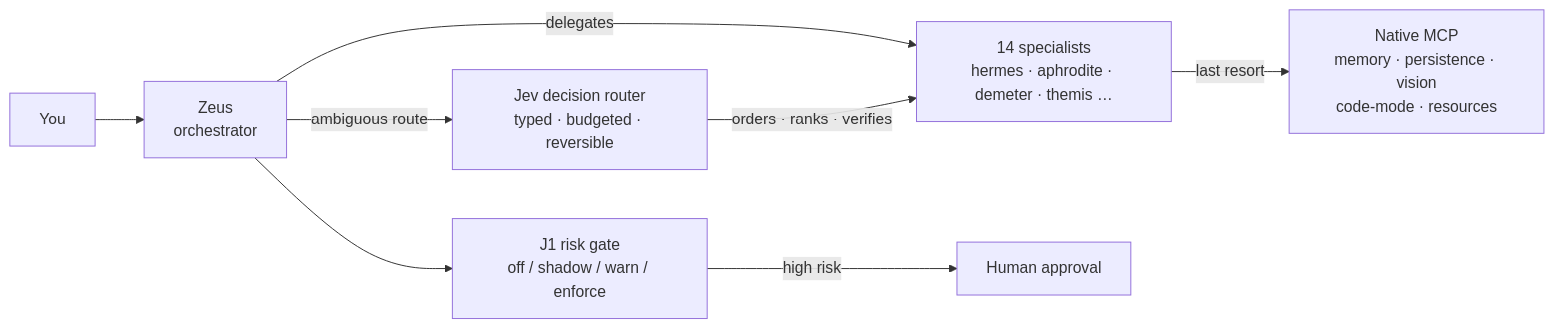
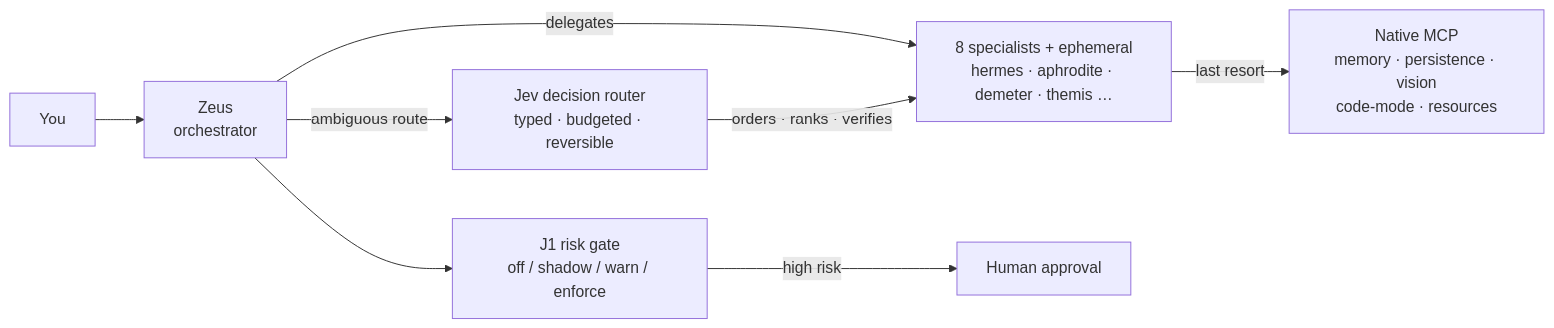
Before and after one commit to ils15/pantheon-opencode: the first of 3 diagrams in docs/OVERVIEW.md, drawn with Mermaid. The commit also changed other lines of this file and 79 other files, not shown here.

````diff
--- a/docs/OVERVIEW.md
+++ b/docs/OVERVIEW.md
@@ -11,10 +12,10 @@
 ```mermaid
 flowchart LR
     U["You"] --> Z["Zeus<br/>orchestrator"]
-    Z -->|"delegates"| S["14 specialists<br/>hermes · aphrodite · demeter · themis …"]
+    Z -->|"delegates"| S["8 specialists + ephemeral<br/>hermes · aphrodite · demeter · themis …"]
     Z -->|"ambiguous route"| J["Jev decision router<br/>typed · budgeted · reversible"]
     J -->|"orders · ranks · verifies"| S
     S -->|"last resort"| M["Native MCP<br/>memory · persistence · vision<br/>code-mode · resources"]
     Z --> G["J1 risk gate<br/>off / shadow / warn / enforce"]
     G -->|"high risk"| H["Human approval"]
 ```
````
